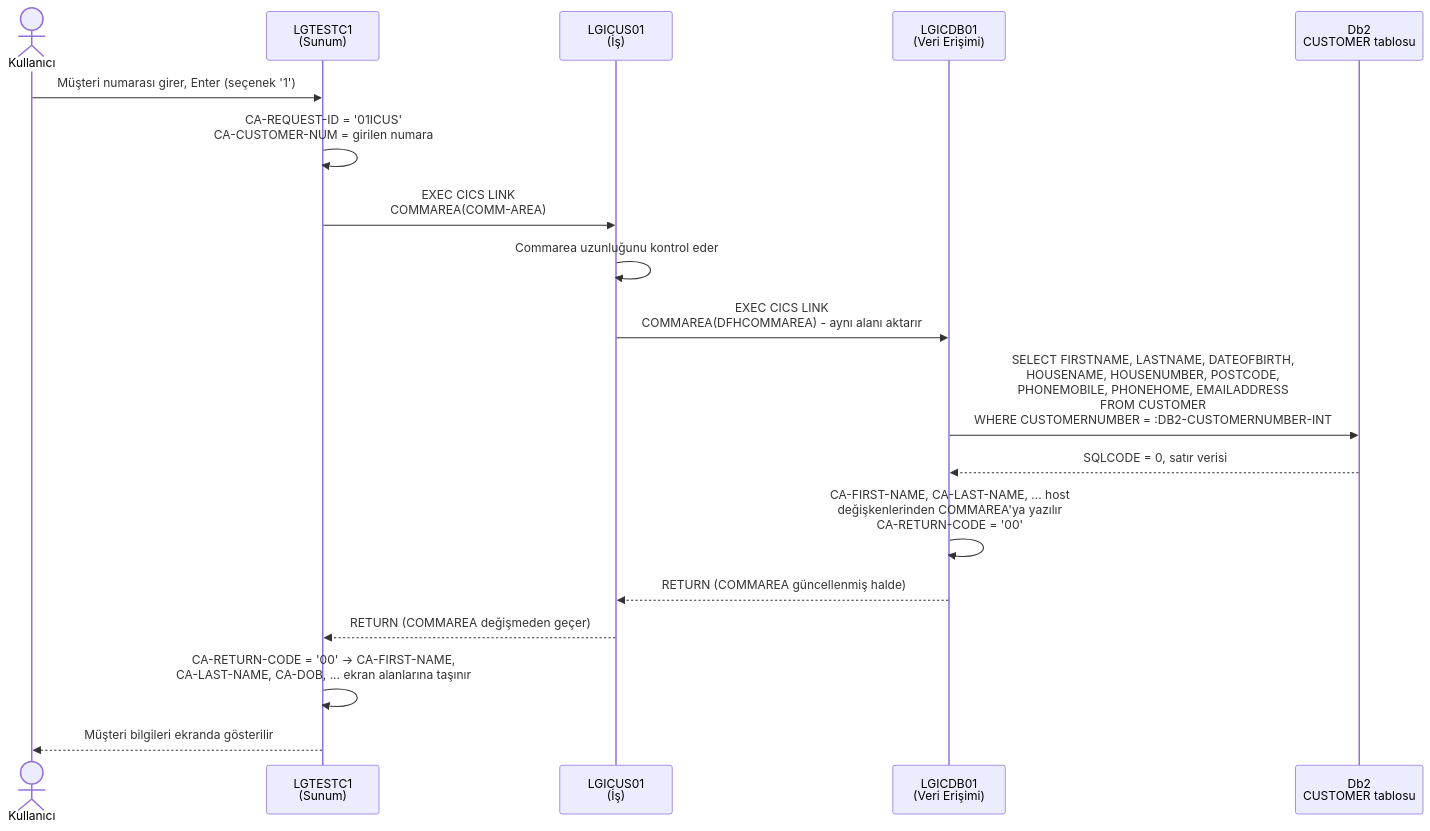
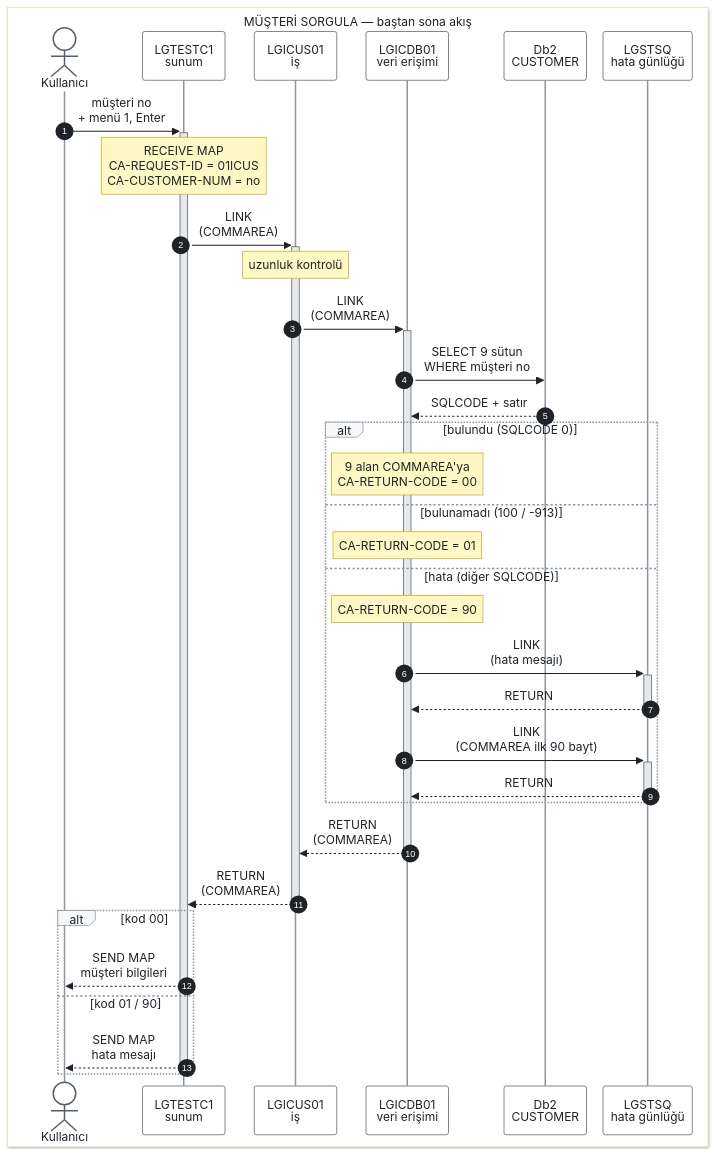
Before and after one commit to sertugser/genapp-dotnet: the diagram in docs/diagrams/sequence-customer-inquire.md, drawn with Mermaid. The commit also changed other lines of this file and 1 other file, not shown here.

First line of the commit message:
Redraw call graph and Customer Inquire sequence diagram for readability

````diff
--- a/docs/diagrams/sequence-customer-inquire.md
+++ b/docs/diagrams/sequence-customer-inquire.md
@@ -14,25 +26,40 @@
 ```mermaid
+%%{init: {"theme": "base", "themeVariables": {"background": "#ffffff", "fontSize": "15px", "primaryTextColor": "#1f2328", "textColor": "#1f2328", "actorBkg": "#ffffff", "actorBorder": "#57606a", "actorTextColor": "#1f2328", "actorLineColor": "#8c959f", "signalColor": "#1f2328", "signalTextColor": "#1f2328", "labelBoxBkgColor": "#f6f8fa", "labelBoxBorderColor": "#8c959f", "labelTextColor": "#1f2328", "loopTextColor": "#1f2328", "noteBkgColor": "#fff8c5", "noteBorderColor": "#d4a72c", "noteTextColor": "#1f2328", "activationBkgColor": "#e6e8eb", "activationBorderColor": "#57606a", "sequenceNumberColor": "#ffffff"}, "sequence": {"actorMargin": 22, "width": 110, "noteMargin": 8, "messageMargin": 32, "boxMargin": 8}}}%%
 sequenceDiagram
-    actor Kullanıcı
-    participant LGTESTC1 as LGTESTC1<br/>(Sunum)
-    participant LGICUS01 as LGICUS01<br/>(İş)
-    participant LGICDB01 as LGICDB01<br/>(Veri Erişimi)
-    participant Db2 as Db2<br/>CUSTOMER tablosu
+    autonumber
+    box rgb(255,255,255) MÜŞTERİ SORGULA — baştan sona akış
+        actor K as Kullanıcı
+        participant C1 as LGTESTC1<br/>sunum
+        participant IC as LGICUS01<br/>iş
+        participant DB as LGICDB01<br/>veri erişimi
+        participant D2 as Db2<br/>CUSTOMER
+        participant ST as LGSTSQ<br/>hata günlüğü
+    end
 
-    Kullanıcı->>LGTESTC1: Müşteri numarası girer, Enter (seçenek '1')
-    LGTESTC1->>LGTESTC1: CA-REQUEST-ID = '01ICUS'<br/>CA-CUSTOMER-NUM = girilen numara
-    LGTESTC1->>LGICUS01: EXEC CICS LINK<br/>COMMAREA(COMM-AREA)
-
-    LGICUS01->>LGICUS01: Commarea uzunluğunu kontrol eder
-    LGICUS01->>LGICDB01: EXEC CICS LINK<br/>COMMAREA(DFHCOMMAREA) - aynı alanı aktarır
-
-    LGICDB01->>Db2: SELECT FIRSTNAME, LASTNAME, DATEOFBIRTH,<br/>HOUSENAME, HOUSENUMBER, POSTCODE,<br/>PHONEMOBILE, PHONEHOME, EMAILADDRESS<br/>FROM CUSTOMER<br/>WHERE CUSTOMERNUMBER = :DB2-CUSTOMERNUMBER-INT
-    Db2-->>LGICDB01: SQLCODE = 0, satır verisi
-
-    LGICDB01->>LGICDB01: CA-FIRST-NAME, CA-LAST-NAME, ... host<br/>değişkenlerinden COMMAREA'ya yazılır<br/>CA-RETURN-CODE = '00'
-    LGICDB01-->>LGICUS01: RETURN (COMMAREA güncellenmiş halde)
-    LGICUS01-->>LGTESTC1: RETURN (COMMAREA değişmeden geçer)
-
-    LGTESTC1->>LGTESTC1: CA-RETURN-CODE = '00' → CA-FIRST-NAME,<br/>CA-LAST-NAME, CA-DOB, ... ekran alanlarına taşınır
-    LGTESTC1-->>Kullanıcı: Müşteri bilgileri ekranda gösterilir
+    K->>+C1: müşteri no<br/>+ menü 1, Enter
+    Note over C1: RECEIVE MAP<br/>CA-REQUEST-ID = 01ICUS<br/>CA-CUSTOMER-NUM = no
+    C1->>+IC: LINK<br/>(COMMAREA)
+    Note over IC: uzunluk kontrolü
+    IC->>+DB: LINK<br/>(COMMAREA)
+    DB->>D2: SELECT 9 sütun<br/>WHERE müşteri no
+    D2-->>DB: SQLCODE + satır
+    alt bulundu (SQLCODE 0)
+        Note over DB: 9 alan COMMAREA'ya<br/>CA-RETURN-CODE = 00
+    else bulunamadı (100 / -913)
+        Note over DB: CA-RETURN-CODE = 01
+    else hata (diğer SQLCODE)
+        Note over DB: CA-RETURN-CODE = 90
+        DB->>+ST: LINK<br/>(hata mesajı)
+        ST-->>-DB: RETURN
+        DB->>+ST: LINK<br/>(COMMAREA ilk 90 bayt)
+        ST-->>-DB: RETURN
+    end
+    DB-->>-IC: RETURN<br/>(COMMAREA)
+    IC-->>-C1: RETURN<br/>(COMMAREA)
+    alt kod 00
+        C1-->>K: SEND MAP<br/>müşteri bilgileri
+    else kod 01 / 90
+        C1-->>K: SEND MAP<br/>hata mesajı
+    end
+    deactivate C1
 ```
````
